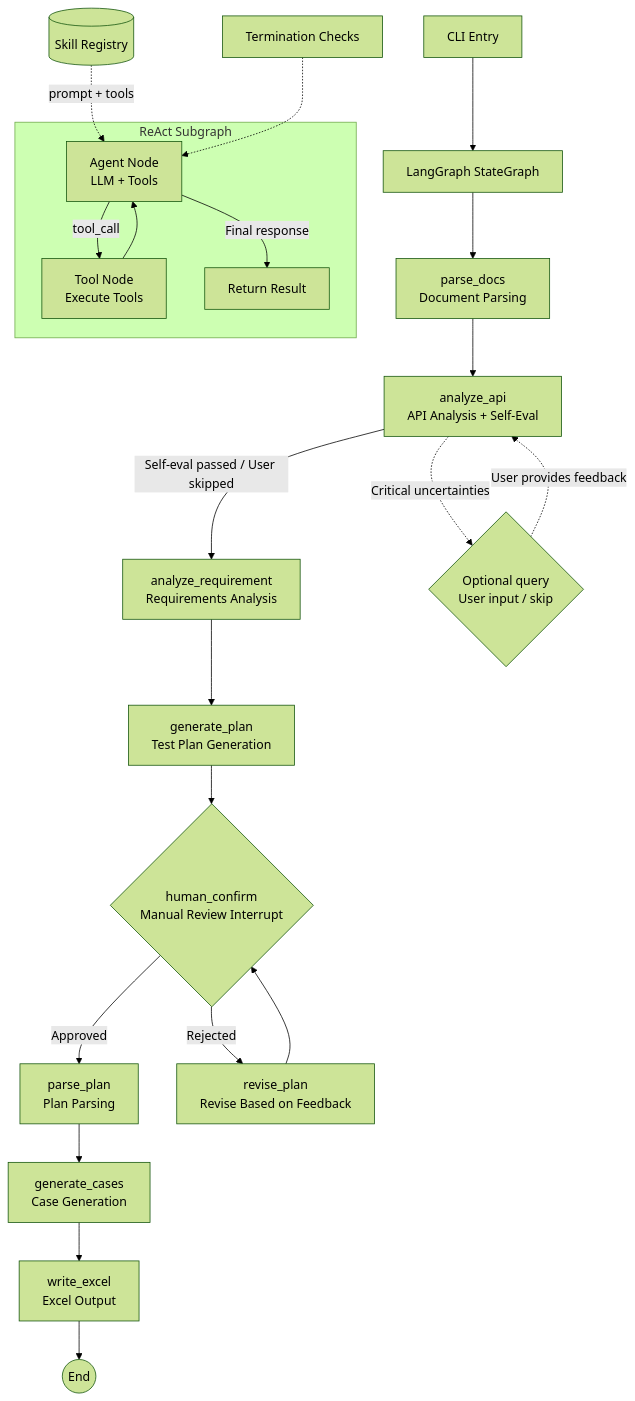
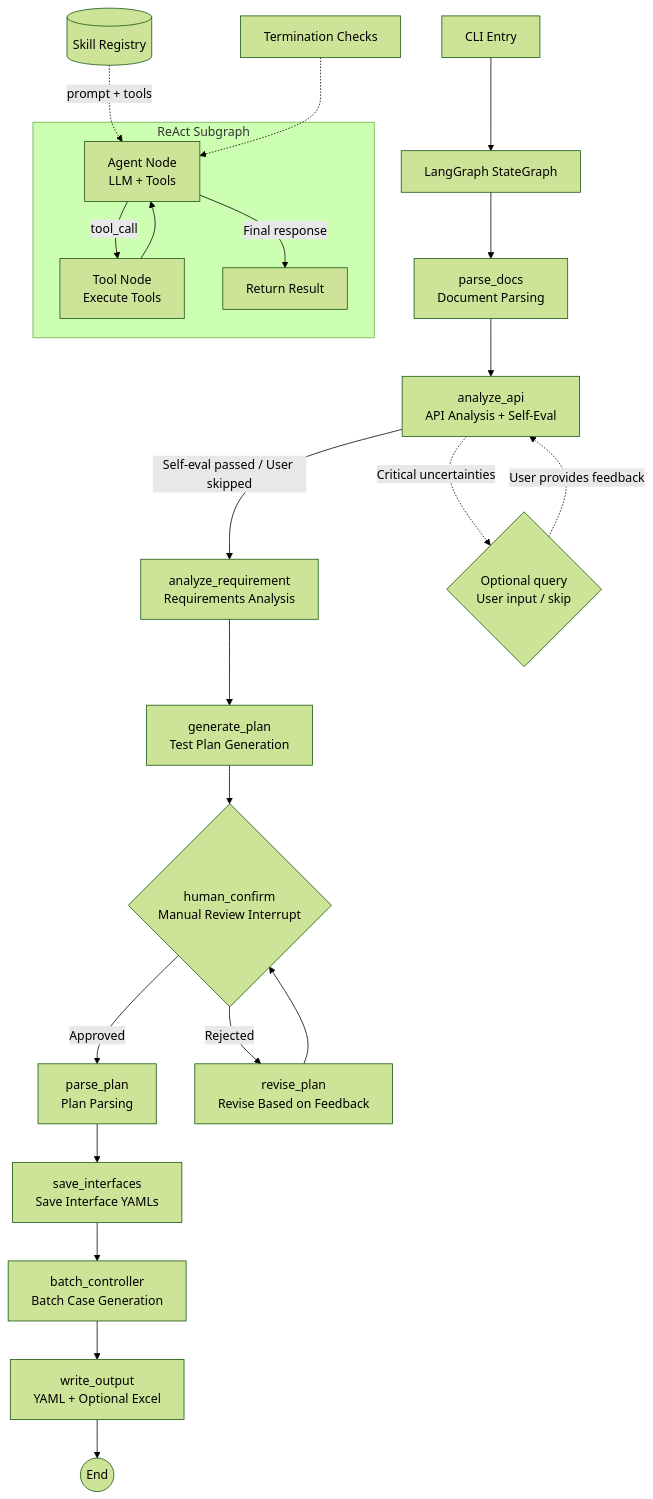
One commit to Remon-16/flow-forge changed the diagram in agent/README.en.md. Above: the diagram before and after it, drawn with Mermaid (forest theme). The commit also changed other lines of this file and 15 other files, not shown here.

````diff
--- a/agent/README.en.md
+++ b/agent/README.en.md
@@ -9,26 +9,27 @@
 ```mermaid
 graph TD
     CLI[CLI Entry] --> GRAPH[LangGraph StateGraph]
     GRAPH --> PARSE[parse_docs<br/>Document Parsing]
     PARSE --> ANALYZE_API[analyze_api<br/>API Analysis + Self-Eval]
     ANALYZE_API -->|Self-eval passed / User skipped| ANALYZE_REQ[analyze_requirement<br/>Requirements Analysis]
     ANALYZE_API -.->|Critical uncertainties| API_ASK{Optional query<br/>User input / skip}
     API_ASK -.->|User provides feedback| ANALYZE_API
     ANALYZE_REQ --> GEN_PLAN[generate_plan<br/>Test Plan Generation]
     GEN_PLAN --> CONFIRM{human_confirm<br/>Manual Review Interrupt}
     CONFIRM -->|Approved| PARSE_PLAN[parse_plan<br/>Plan Parsing]
     CONFIRM -->|Rejected| REVISE[revise_plan<br/>Revise Based on Feedback]
     REVISE --> CONFIRM
-    PARSE_PLAN --> GEN_CASES[generate_cases<br/>Case Generation]
-    GEN_CASES --> WRITE[write_excel<br/>Excel Output]
+    PARSE_PLAN --> SAVE_IFACES[save_interfaces<br/>Save Interface YAMLs]
+    SAVE_IFACES --> BATCH[batch_controller<br/>Batch Case Generation]
+    BATCH --> WRITE[write_output<br/>YAML + Optional Excel]
     WRITE --> END((End))
 
     subgraph ReAct Subgraph
         AGENT[Agent Node<br/>LLM + Tools] -->|tool_call| TOOLS[Tool Node<br/>Execute Tools]
         TOOLS --> AGENT
         AGENT -->|Final response| DONE[Return Result]
     end
 
     SKILLS[(Skill Registry)] -.->|prompt + tools| AGENT
     TERM[Termination Checks] -.-> AGENT
 ```
````
